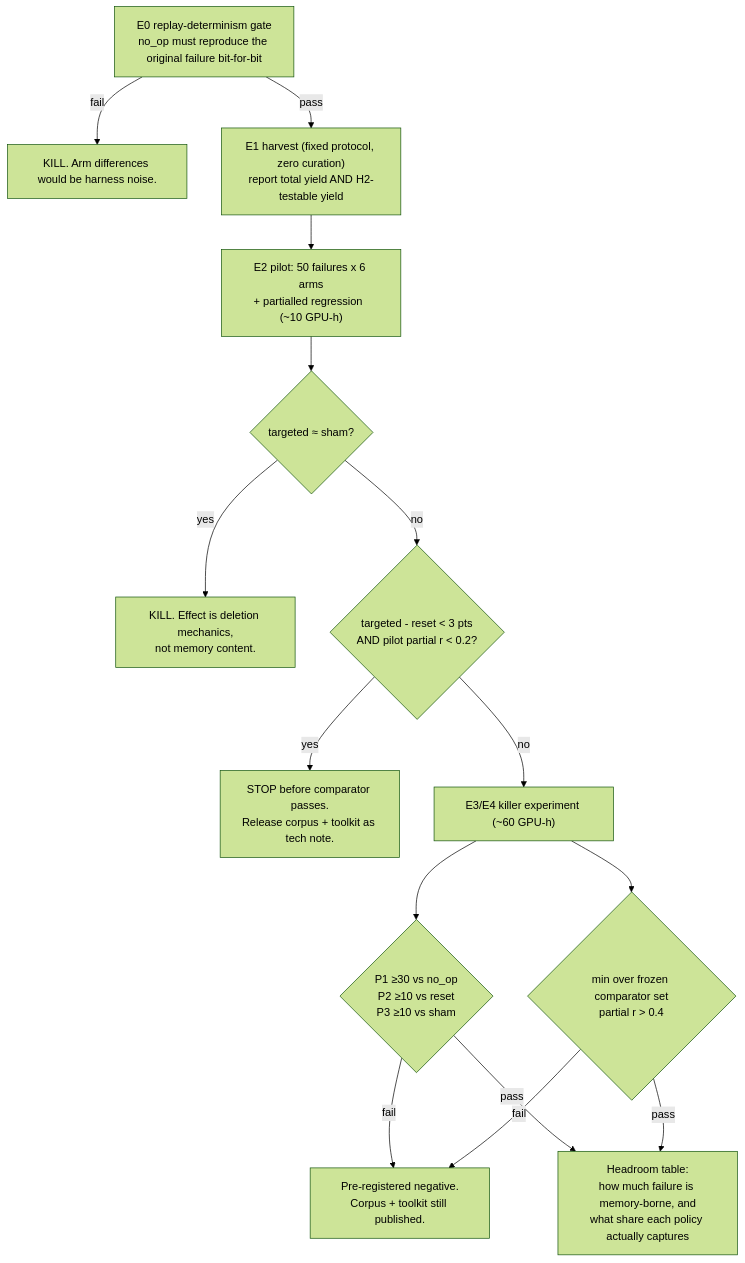
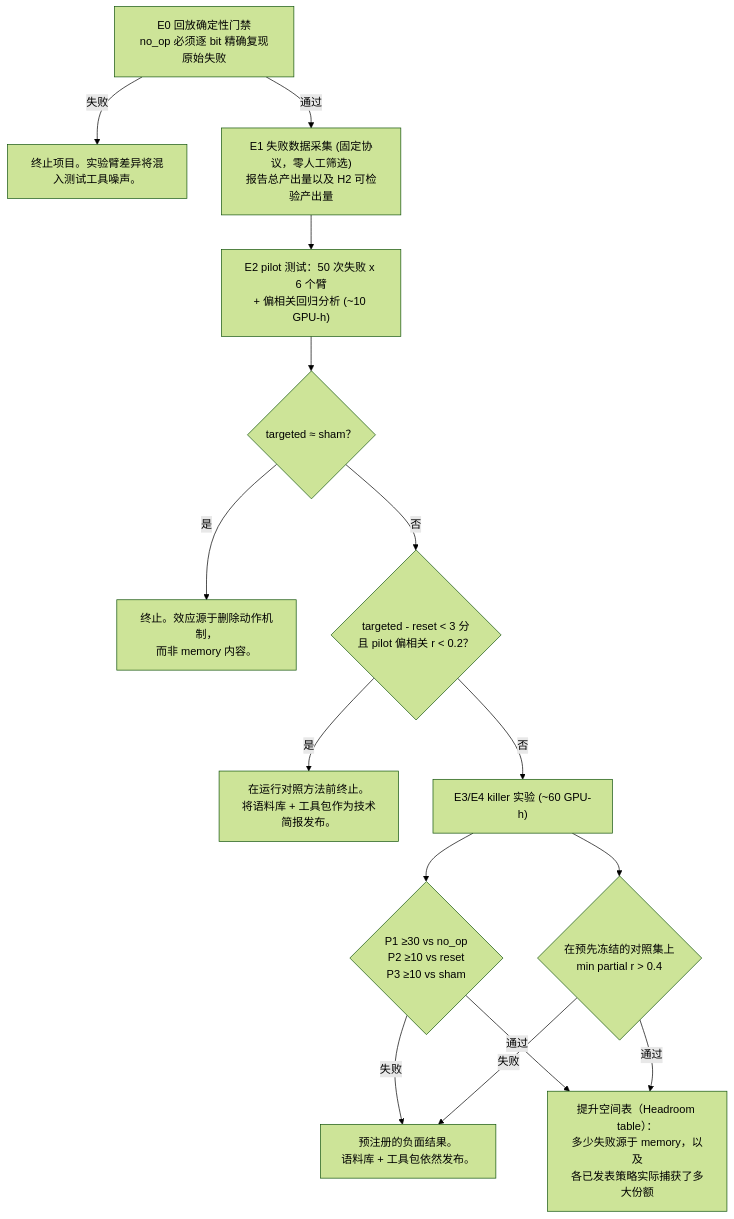
One commit to songkang688/idea changed the fourth of 5 diagrams in Windows7/Idea_02/diagrams/architecture.md. Above: the diagram before and after it, drawn with Mermaid (forest theme). The commit also changed other lines of this file and 74 other files, not shown here.

````diff
--- a/Windows7/Idea_02/diagrams/architecture.md
+++ b/Windows7/Idea_02/diagrams/architecture.md
@@ -72,20 +65,20 @@
 ```mermaid
 flowchart TD
-    E0["E0 replay-determinism gate<br/>no_op must reproduce the original failure bit-for-bit"]
-    E0 -- fail --> KILL0["KILL. Arm differences would be harness noise."]
-    E0 -- pass --> E1["E1 harvest (fixed protocol, zero curation)<br/>report total yield AND H2-testable yield"]
-    E1 --> E2["E2 pilot: 50 failures x 6 arms<br/>+ partialled regression  (~10 GPU-h)"]
+    E0["E0 回放确定性门禁<br/>no_op 必须逐 bit 精确复现原始失败"]
+    E0 -- 失败 --> KILL0["终止项目。实验臂差异将混入测试工具噪声。"]
+    E0 -- 通过 --> E1["E1 失败数据采集 (固定协议，零人工筛选)<br/>报告总产出量以及 H2 可检验产出量"]
+    E1 --> E2["E2 pilot 测试：50 次失败 x 6 个臂<br/>+ 偏相关回归分析 (~10 GPU-h)"]
 
-    E2 --> G1{"targeted ≈ sham?"}
-    G1 -- yes --> KILL1["KILL. Effect is deletion mechanics,<br/>not memory content."]
-    G1 -- no --> G2{"targeted - reset < 3 pts<br/>AND pilot partial r < 0.2?"}
-    G2 -- yes --> KILL2["STOP before comparator passes.<br/>Release corpus + toolkit as tech note."]
-    G2 -- no --> E3["E3/E4 killer experiment (~60 GPU-h)"]
+    E2 --> G1{"targeted ≈ sham？"}
+    G1 -- 是 --> KILL1["终止。效应源于删除动作机制，<br/>而非 memory 内容。"]
+    G1 -- 否 --> G2{"targeted - reset < 3 分<br/>且 pilot 偏相关 r < 0.2？"}
+    G2 -- 是 --> KILL2["在运行对照方法前终止。<br/>将语料库 + 工具包作为技术简报发布。"]
+    G2 -- 否 --> E3["E3/E4 killer 实验 (~60 GPU-h)"]
 
     E3 --> K1{"P1 ≥30 vs no_op<br/>P2 ≥10 vs reset<br/>P3 ≥10 vs sham"}
-    E3 --> K2{"min over frozen comparator set<br/>partial r > 0.4"}
-    K1 -- fail --> NEG["Pre-registered negative.<br/>Corpus + toolkit still published."]
-    K2 -- fail --> NEG
-    K1 -- pass --> WIN
-    K2 -- pass --> WIN["Headroom table:<br/>how much failure is memory-borne, and<br/>what share each policy actually captures"]
+    E3 --> K2{"在预先冻结的对照集上<br/>min partial r > 0.4"}
+    K1 -- 失败 --> NEG["预注册的负面结果。<br/>语料库 + 工具包依然发布。"]
+    K2 -- 失败 --> NEG
+    K1 -- 通过 --> WIN
+    K2 -- 通过 --> WIN["提升空间表（Headroom table）：<br/>多少失败源于 memory，以及<br/>各已发表策略实际捕获了多大份额"]
 ```
````
